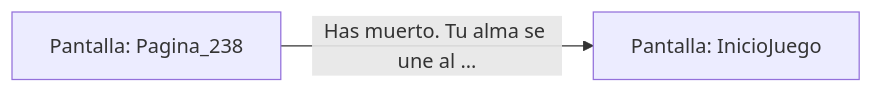
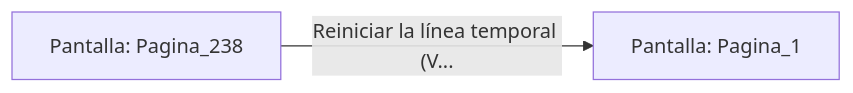
The diagram in sample/eligejuego-vault/Pantalla_Pagina_238.md (metsuke/mpl), drawn with Mermaid before and after one commit. The commit also changed other lines of this file and 635 other files, not shown here.

First line of the commit message:
fix: añadir Pagina_1 como pantalla inicial en capitulo_01.mpl

````diff
--- a/sample/eligejuego-vault/Pantalla_Pagina_238.md
+++ b/sample/eligejuego-vault/Pantalla_Pagina_238.md
@@ -17,5 +17,5 @@
 ```mermaid
 graph LR
     P_Pagina_238["Pantalla: Pagina_238"]
-    P_Pagina_238 -->|"Has muerto. Tu alma se une al ..."| P_InicioJuego["Pantalla: InicioJuego"]
+    P_Pagina_238 -->|"Reiniciar la línea temporal (V..."| P_Pagina_1["Pantalla: Pagina_1"]
 ```
````
